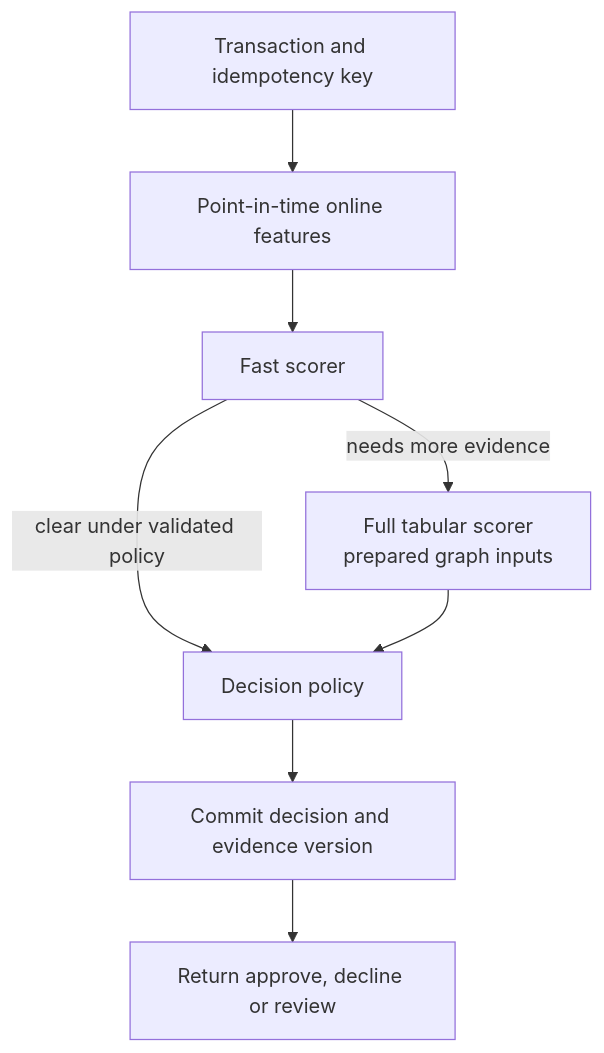
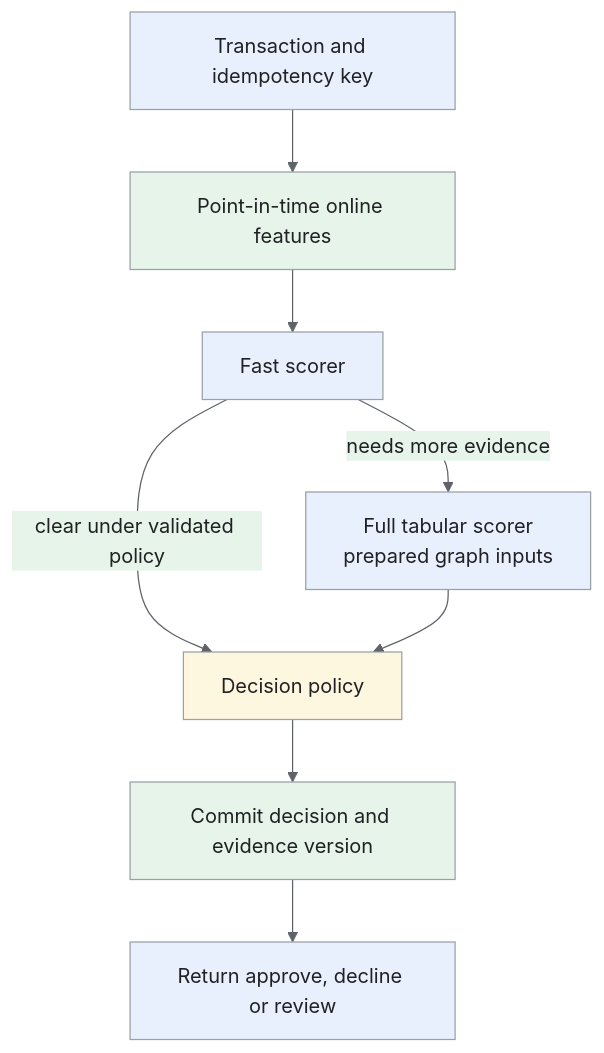
Before and after one commit to iliazlobin/iliazlobin.github.io: the third of 4 diagrams in _designs/system-design-ml-fraud-detection.md, drawn with Mermaid. The commit also changed other lines of this file and 25 other files, not shown here.

Commit message:
docs: explain Batch B design flows and tradeoffs

````diff
--- a/_designs/system-design-ml-fraud-detection.md
+++ b/_designs/system-design-ml-fraud-detection.md
@@ -188,10 +242,18 @@
 ```mermaid
+%%{init: {'theme':'base','themeVariables':{'primaryColor':'#e8f0fe','primaryTextColor':'#202124','primaryBorderColor':'#9aa0a6','lineColor':'#5f6368','secondaryColor':'#e6f4ea','tertiaryColor':'#fef7e0','actorBkg':'#e8f0fe','actorBorder':'#9aa0a6','actorTextColor':'#202124','noteBkgColor':'#fef7e0','noteTextColor':'#202124','noteBorderColor':'#9aa0a6','signalColor':'#5f6368','signalTextColor':'#202124','labelBoxBkgColor':'#fef7e0','labelBoxBorderColor':'#9aa0a6'}}}%%
 flowchart TB
     T["Transaction and idempotency key"] --> F["Point-in-time online features"]
     F --> S["Fast scorer"]
     S -->|clear under validated policy| D["Decision policy"]
     S -->|needs more evidence| M["Full tabular scorer<br>prepared graph inputs"]
     M --> D
     D --> P["Commit decision and evidence version"]
     P --> R["Return approve, decline or review"]
+classDef request fill:#e8f0fe,stroke:#9aa0a6,color:#202124;
+classDef data fill:#e6f4ea,stroke:#9aa0a6,color:#202124;
+classDef control fill:#fef7e0,stroke:#9aa0a6,color:#202124;
+class T,S,M,R request;
+class F,P data;
+class D control;
+
 ```
````
